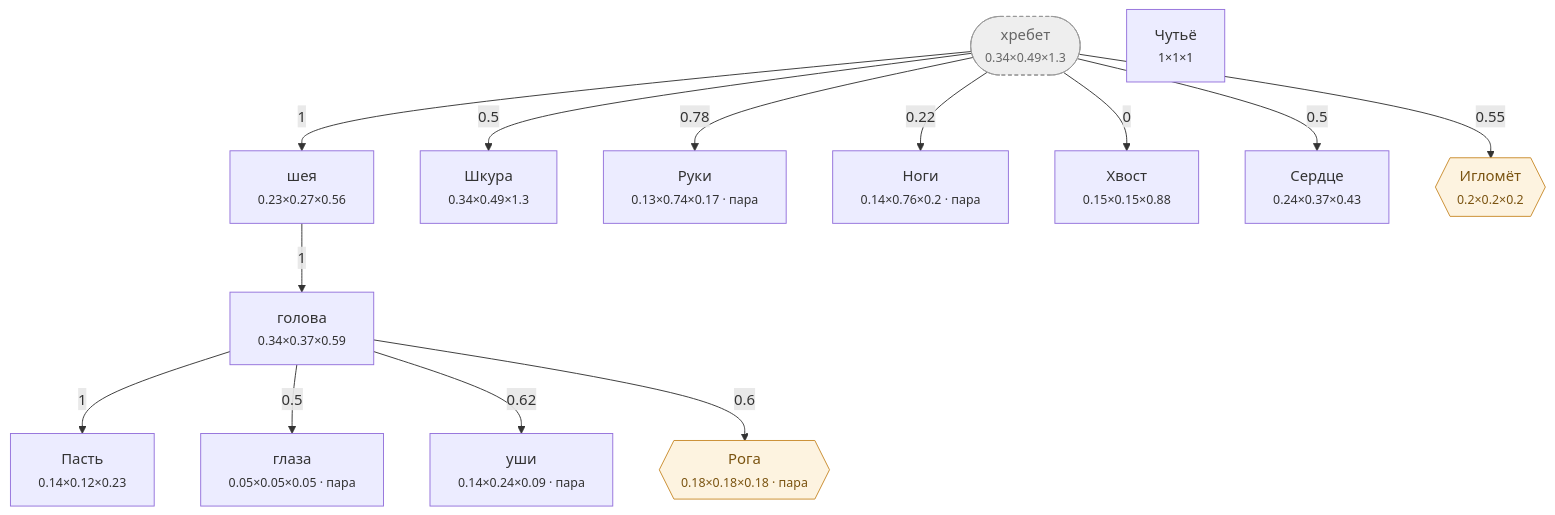
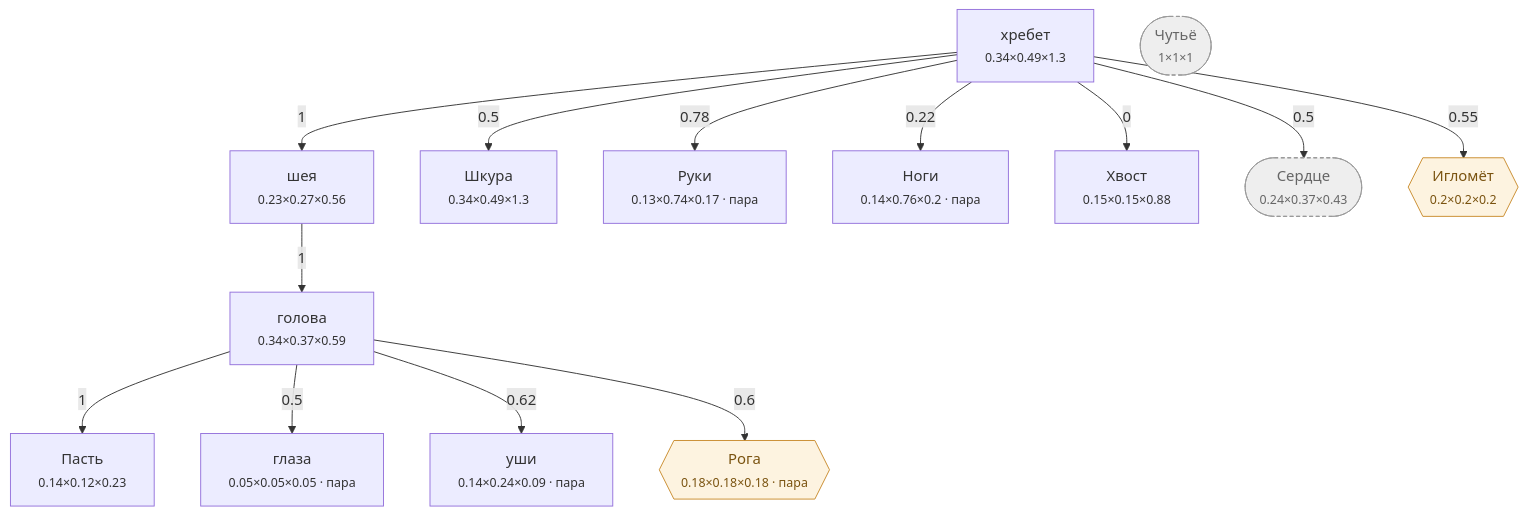
Before and after one commit to darklordshish/ChimeraEvolution-2026-06-26_15-29-59: the diagram in Docs/Диаграммы/Волк.md, drawn with Mermaid. The commit also changed other lines of this file and 10 other files, not shown here.

````diff
--- a/Docs/Диаграммы/Волк.md
+++ b/Docs/Диаграммы/Волк.md
@@ -22,36 +22,36 @@
 ```mermaid
 flowchart TD
-    n0(["хребет<br/><small>0.34×0.49×1.3</small>"])
+    n0["хребет<br/><small>0.34×0.49×1.3</small>"]
     n1["голова<br/><small>0.34×0.37×0.59</small>"]
     n2["Пасть<br/><small>0.14×0.12×0.23</small>"]
     n3["глаза<br/><small>0.05×0.05×0.05 · пара</small>"]
     n4["уши<br/><small>0.14×0.24×0.09 · пара</small>"]
     n5["шея<br/><small>0.23×0.27×0.56</small>"]
     n6["Шкура<br/><small>0.34×0.49×1.3</small>"]
     n7["Руки<br/><small>0.13×0.74×0.17 · пара</small>"]
     n8["Ноги<br/><small>0.14×0.76×0.2 · пара</small>"]
     n9["Хвост<br/><small>0.15×0.15×0.88</small>"]
-    n10["Сердце<br/><small>0.24×0.37×0.43</small>"]
-    n11["Чутьё<br/><small>1×1×1</small>"]
+    n10(["Сердце<br/><small>0.24×0.37×0.43</small>"])
+    n11(["Чутьё<br/><small>1×1×1</small>"])
     n12{{"Рога<br/><small>0.18×0.18×0.18 · пара</small>"}}
     n13{{"Игломёт<br/><small>0.2×0.2×0.2</small>"}}
 
     n5 -->|1| n1
     n1 -->|1| n2
     n1 -->|0.5| n3
     n1 -->|0.62| n4
     n0 -->|1| n5
     n0 -->|0.5| n6
     n0 -->|0.78| n7
     n0 -->|0.22| n8
     n0 -->|0| n9
     n0 -->|0.5| n10
     n1 -->|0.6| n12
     n0 -->|0.55| n13
 
     classDef hid fill:#eee,stroke:#999,stroke-dasharray:4 3,color:#666
     classDef gr fill:#fdf3e0,stroke:#c98a2b,color:#7a5310
     classDef ch fill:#e8f2ff,stroke:#3b74c4,color:#1c3f70
-    class n0 hid
+    class n10,n11 hid
     class n12,n13 gr
 ```
````
